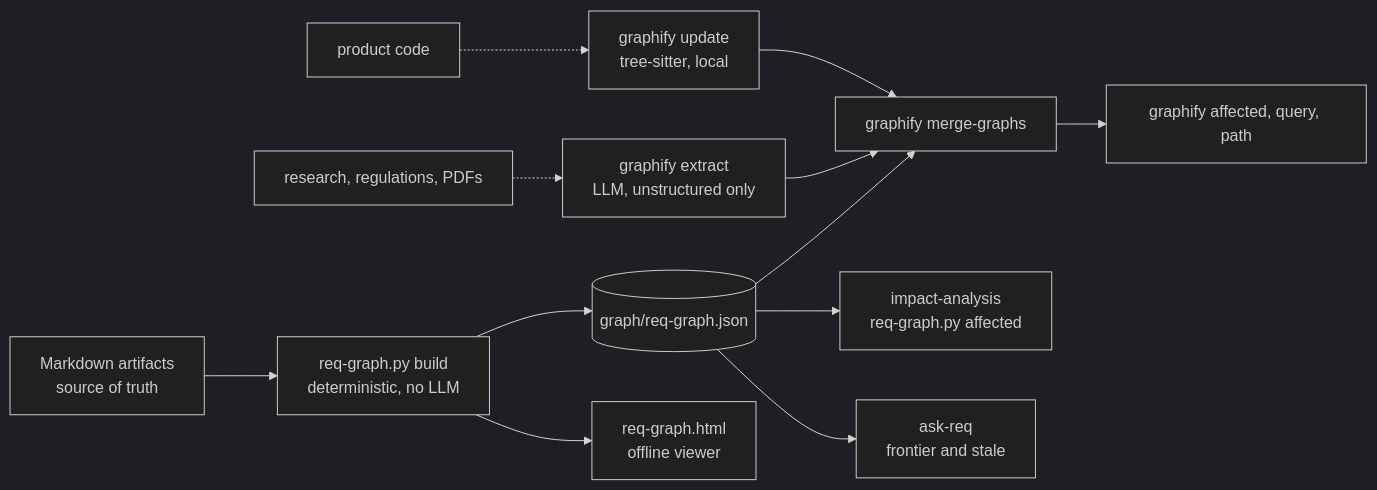
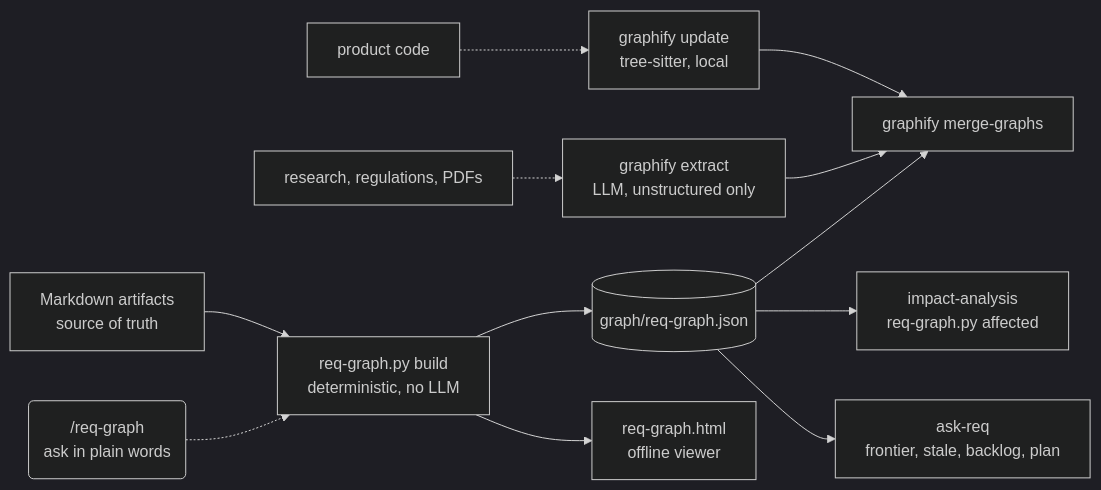
One commit to gugaucb/requirements-skills changed the fifth of 6 diagrams in docs/FLOW.md. Above: the diagram before and after it, drawn with Mermaid (dark theme). The commit also changed other lines of this file and 117 other files, not shown here.

````diff
--- a/docs/FLOW.md
+++ b/docs/FLOW.md
@@ -87,14 +111,14 @@
 ```mermaid
 flowchart LR
   MD["Markdown artifacts<br/>source of truth"] --> RG["req-graph.py build<br/>deterministic, no LLM"]
   RG --> RJ[("graph/req-graph.json")]
   CODE["product code"] -.-> GU["graphify update<br/>tree-sitter, local"]
   DOCS["research, regulations, PDFs"] -.-> GE["graphify extract<br/>LLM, unstructured only"]
   GU --> MG["graphify merge-graphs"]
   GE --> MG
   RJ --> MG
   RJ --> Q1["impact-analysis<br/>req-graph.py affected"]
-  MG --> Q2["graphify affected, query, path"]
-  RJ --> Q3["ask-req<br/>frontier and stale"]
+  RJ --> Q3["ask-req<br/>frontier, stale, backlog, plan"]
   RG --> VW["req-graph.html<br/>offline viewer"]
+  RQ("/req-graph<br/>ask in plain words") -.-> RG
 ```
````
